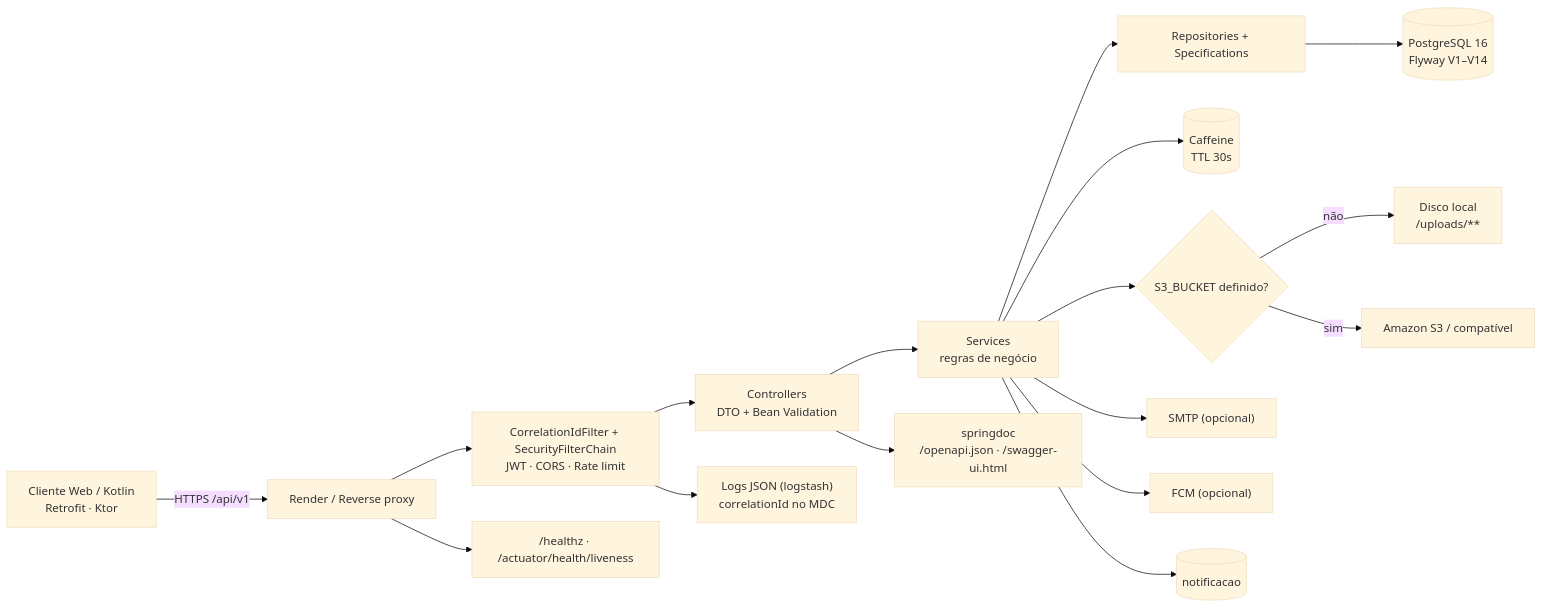
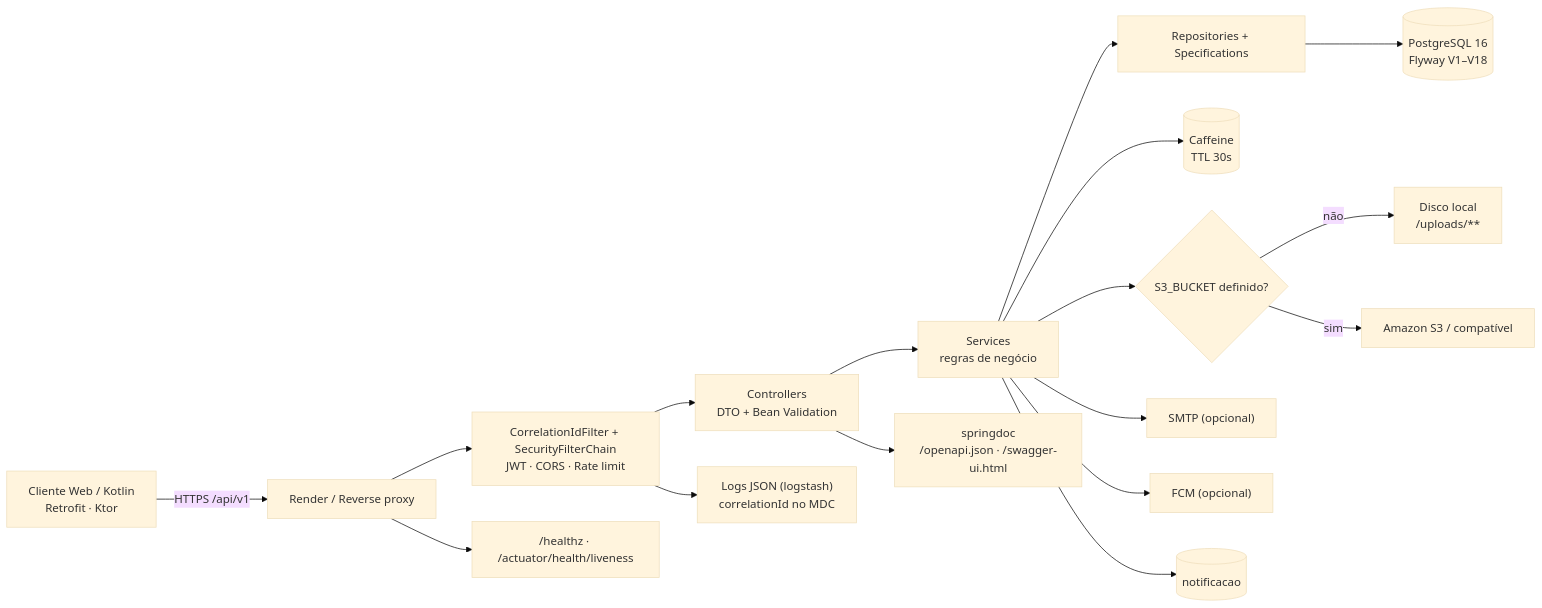
One commit to Iuri-Costa/desapego-universitario-be changed the first of 3 diagrams in README.md. Above: the diagram before and after it, drawn with Mermaid (base theme). The commit also changed other lines of this file and 10 other files, not shown here.

````diff
--- a/README.md
+++ b/README.md
@@ -54,19 +54,19 @@
 ```mermaid
 flowchart LR
     Cliente["Cliente Web / Kotlin<br/>Retrofit · Ktor"] -->|HTTPS /api/v1| Borda["Render / Reverse proxy"]
     Borda --> Filtros["CorrelationIdFilter + SecurityFilterChain<br/>JWT · CORS · Rate limit"]
     Filtros --> Controller["Controllers<br/>DTO + Bean Validation"]
     Controller --> Service["Services<br/>regras de negócio"]
     Service --> Repository["Repositories + Specifications"]
-    Repository --> DB[("PostgreSQL 16<br/>Flyway V1–V14")]
+    Repository --> DB[("PostgreSQL 16<br/>Flyway V1–V18")]
     Service --> Cache[("Caffeine<br/>TTL 30s")]
     Service --> Storage{"S3_BUCKET definido?"}
     Storage -->|não| Local["Disco local<br/>/uploads/**"]
     Storage -->|sim| S3["Amazon S3 / compatível"]
     Service --> Mail["SMTP (opcional)"]
     Service --> FCM["FCM (opcional)"]
     Service --> Notif[("notificacao")]
     Borda --> Health["/healthz · /actuator/health/liveness"]
     Controller --> Docs["springdoc<br/>/openapi.json · /swagger-ui.html"]
     Filtros --> Logs["Logs JSON (logstash)<br/>correlationId no MDC"]
 ```
````
